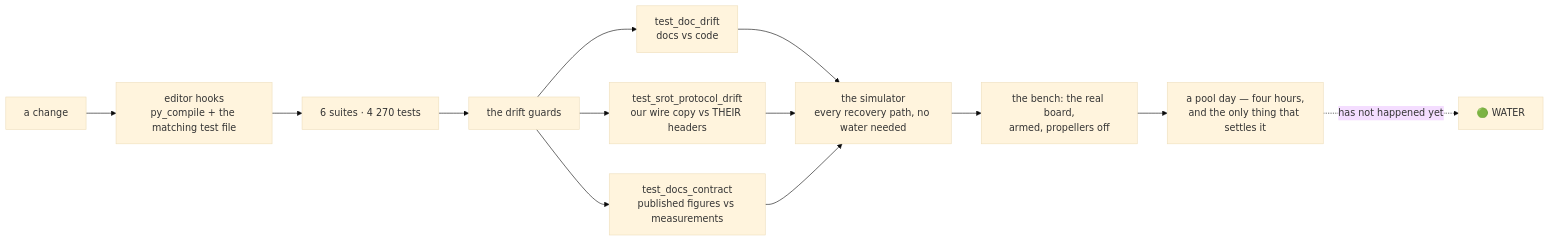
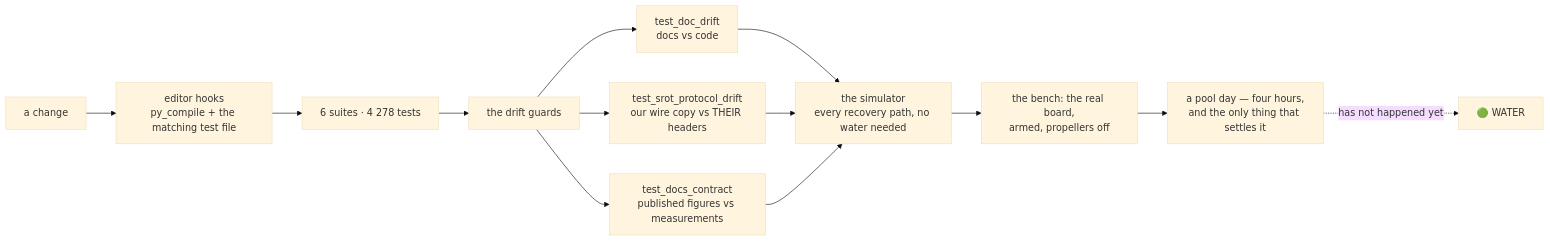
One commit to fh1m/mongla_ws changed the ninth of 10 diagrams in README.md. Above: the diagram before and after it, drawn with Mermaid (base theme). The commit also changed other lines of this file and 7 other files, not shown here.

````diff
--- a/README.md
+++ b/README.md
@@ -752,15 +752,15 @@
 ```mermaid
 flowchart LR
     DEV["a change"] --> HOOK["editor hooks<br/>py_compile + the matching test file"]
-    HOOK --> UNIT["6 suites · 4 270 tests"]
+    HOOK --> UNIT["6 suites · 4 278 tests"]
     UNIT --> GUARD["the drift guards"]
     GUARD --> G1["test_doc_drift<br/>docs vs code"]
     GUARD --> G2["test_srot_protocol_drift<br/>our wire copy vs THEIR headers"]
     GUARD --> G3["test_docs_contract<br/>published figures vs measurements"]
     G1 --> SIM["the simulator<br/>every recovery path, no water needed"]
     G2 --> SIM
     G3 --> SIM
     SIM --> BENCH["the bench: the real board,<br/>armed, propellers off"]
     BENCH --> POOL["a pool day — four hours,<br/>and the only thing that settles it"]
     POOL -.->|"has not happened yet"| WATER["🟢 WATER"]
 ```
````
